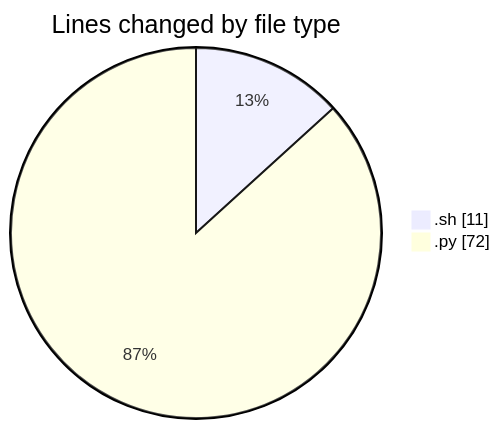
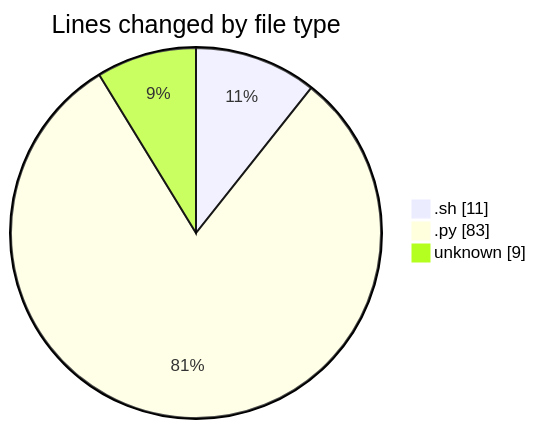
The first of 2 diagrams in 2025-01-25/samplepdf/README.md (momahboobian/code-tracking), drawn with Mermaid before and after one commit. The commit also changed other lines of this file and 1 other file, not shown here.

````diff
--- a/2025-01-25/samplepdf/README.md
+++ b/2025-01-25/samplepdf/README.md
@@ -21,6 +22,7 @@
 ```mermaid
 pie showData
 title Lines changed by file type
 ".sh" : 11
-".py" : 72
+".py" : 83
+"unknown" : 9
 ```
````
